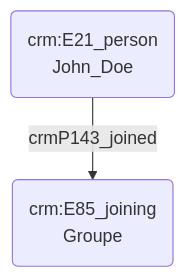
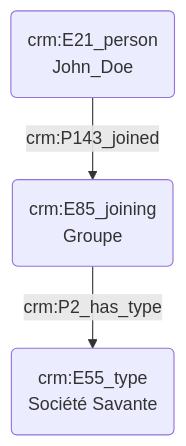
Before and after one commit to Amleth/consortium-musica2-gt2-ontologies: the diagram in modules/livrables/Dossier 2/Prosopographie/appartenance à un groupe social.md, drawn with Mermaid.

Commit message:
Update appartenance à un groupe social.md

````diff
--- a/modules/livrables/Dossier 2/Prosopographie/appartenance à un groupe social.md
+++ b/modules/livrables/Dossier 2/Prosopographie/appartenance à un groupe social.md
@@ -11,9 +11,7 @@
 ```mermaid
 graph TD;
 
-A(crm:E21_person<br>John_Doe) -->|crmP143_joined| B(crm:E85_joining<br>Groupe)
-
-
-
+A(crm:E21_person<br>John_Doe) -->|crm:P143_joined| B(crm:E85_joining<br>Groupe)
+B(crm:E85_joining<br>Groupe) -->|crm:P2_has_type| C(crm:E55_type<br>Société Savante)
 
 ```
````
